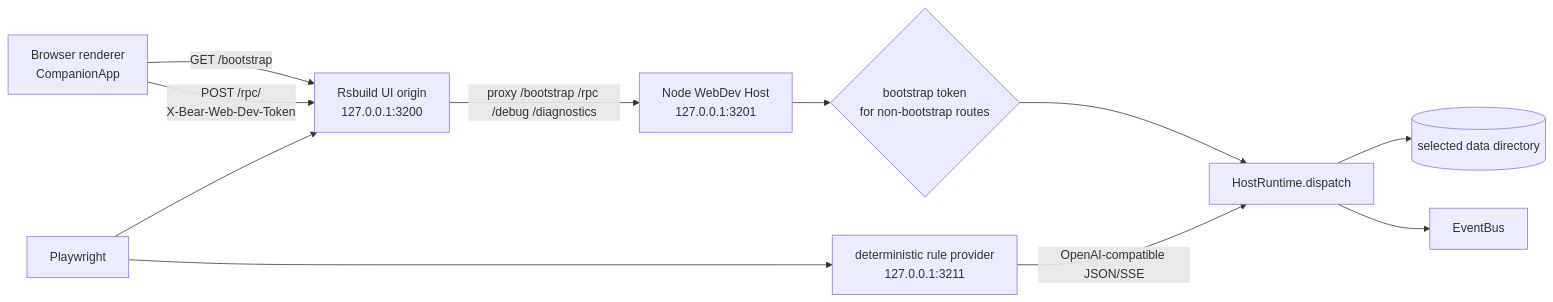
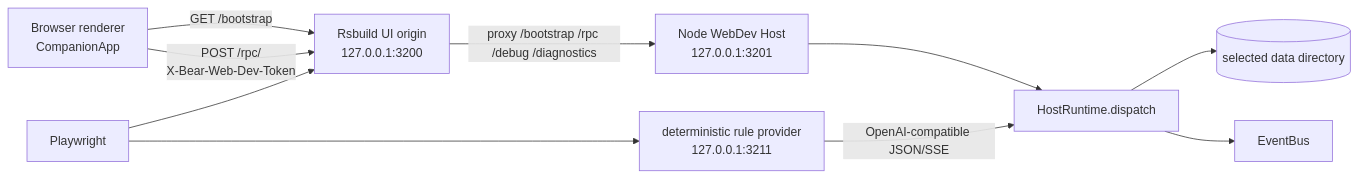
The third of 6 diagrams in docs/refernece/architecture.md (fltb/bear-harness), drawn with Mermaid before and after one commit. The commit also changed other lines of this file and 163 other files, not shown here.

````diff
--- a/docs/refernece/architecture.md
+++ b/docs/refernece/architecture.md
@@ -105,13 +100,12 @@
 ```mermaid
 flowchart LR
-    B["Browser renderer\nCompanionApp"] -->|GET /bootstrap| U["Rsbuild UI origin\n127.0.0.1:3200"]
-    B -->|POST /rpc/<encoded channel>\nX-Bear-Web-Dev-Token| U
-    U -->|proxy /bootstrap /rpc /debug /diagnostics| W["Node WebDev Host\n127.0.0.1:3201"]
-    W --> T{"bootstrap token\nfor non-bootstrap routes"}
-    T --> D["HostRuntime.dispatch"]
+    B["Browser renderer\nCompanionApp"] -->|"GET /bootstrap"| U["Rsbuild UI origin\n127.0.0.1:3200"]
+    B -->|"POST /rpc/<encoded channel>\nX-Bear-Web-Dev-Token"| U
+    U -->|"proxy /bootstrap /rpc /debug /diagnostics"| W["Node WebDev Host\n127.0.0.1:3201"]
+    W --> D["HostRuntime.dispatch"]
     D --> DB[("selected data directory")]
     D --> EV["EventBus"]
     E["Playwright"] --> U
     E --> RP["deterministic rule provider\n127.0.0.1:3211"]
-    RP -->|OpenAI-compatible JSON/SSE| D
+    RP -->|"OpenAI-compatible JSON/SSE"| D
 ```
````
